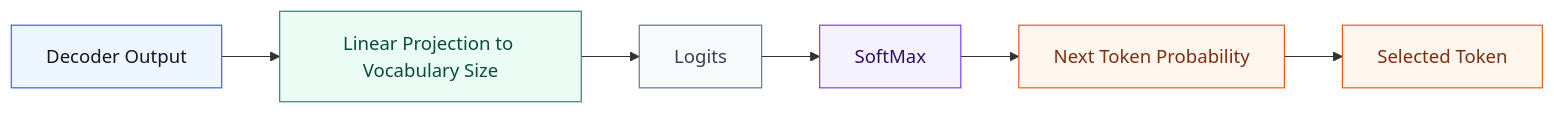
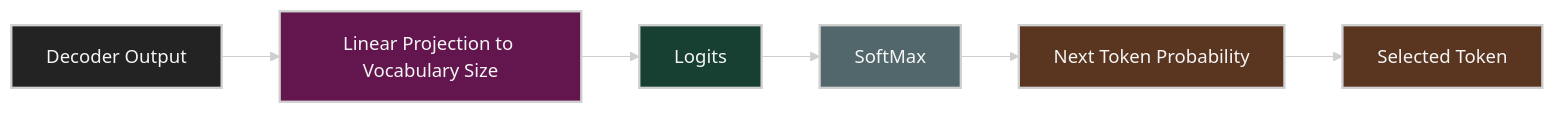
One commit to ziwon/ai-data-center-network changed the eighth of 9 diagrams in deep-learning-for-network-engineers/week02/README.md. Above: the diagram before and after it, drawn with Mermaid. The commit also changed other lines of this file and 35 other files, not shown here.

Commit message:
docs(mermaid): apply dark diagram style

````diff
--- a/deep-learning-for-network-engineers/week02/README.md
+++ b/deep-learning-for-network-engineers/week02/README.md
@@ -598,14 +605,15 @@
 ```mermaid
+%%{init: {"theme": "base", "themeVariables": {"background": "#171717", "primaryColor": "#232323", "primaryTextColor": "#f5f5f5", "primaryBorderColor": "#d0d0d0", "lineColor": "#cfcfcf", "fontFamily": "Inter, Arial, sans-serif"}}}%%
 flowchart LR
-    classDef input fill:#eef6ff,stroke:#2563eb,color:#0f172a
-    classDef projection fill:#ecfdf5,stroke:#059669,color:#064e3b
-    classDef logits fill:#f8fafc,stroke:#64748b,color:#334155
-    classDef softmax fill:#f5f3ff,stroke:#7c3aed,color:#2e1065
-    classDef output fill:#fff7ed,stroke:#ea580c,color:#7c2d12
+    classDef input fill:#232323,stroke:#d0d0d0,color:#f5f5f5,stroke-width:2px;
+    classDef projection fill:#62164d,stroke:#d0d0d0,color:#f5f5f5,stroke-width:2px;
+    classDef logits fill:#173f32,stroke:#d0d0d0,color:#f5f5f5,stroke-width:2px;
+    classDef softmax fill:#52676b,stroke:#d0d0d0,color:#f5f5f5,stroke-width:2px;
+    classDef output fill:#5a3520,stroke:#d0d0d0,color:#f5f5f5,stroke-width:2px;
 
     A[Decoder Output]:::input --> B[Linear Projection to Vocabulary Size]:::projection
     B --> C[Logits]:::logits
     C --> D[SoftMax]:::softmax
     D --> E[Next Token Probability]:::output
     E --> F[Selected Token]:::output
 ```
````
